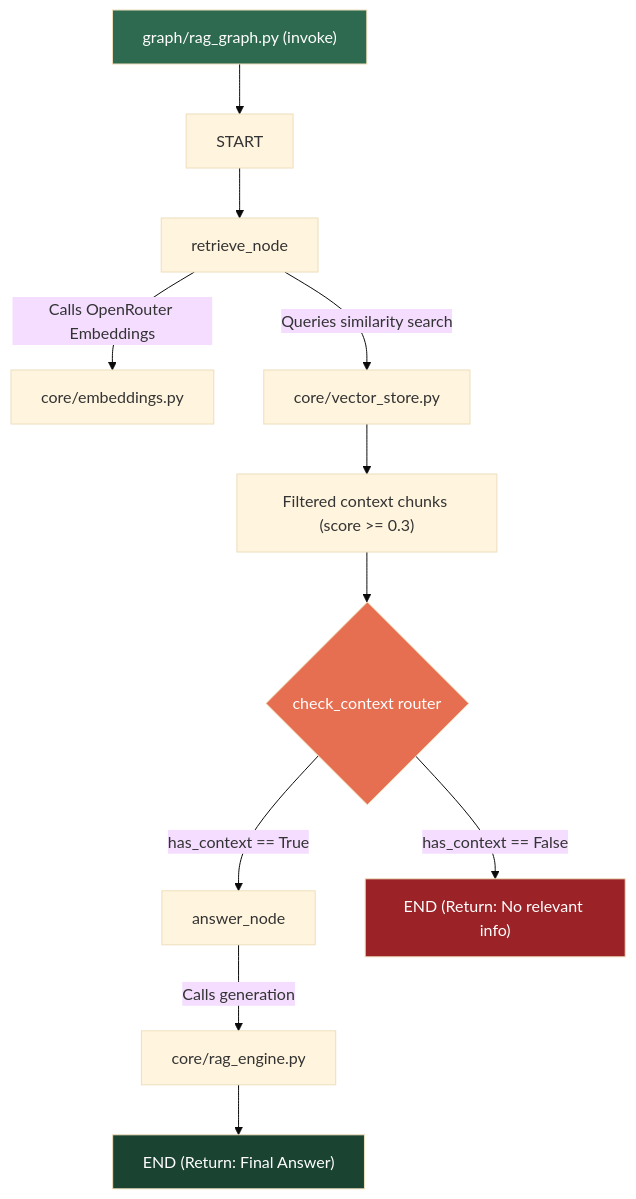
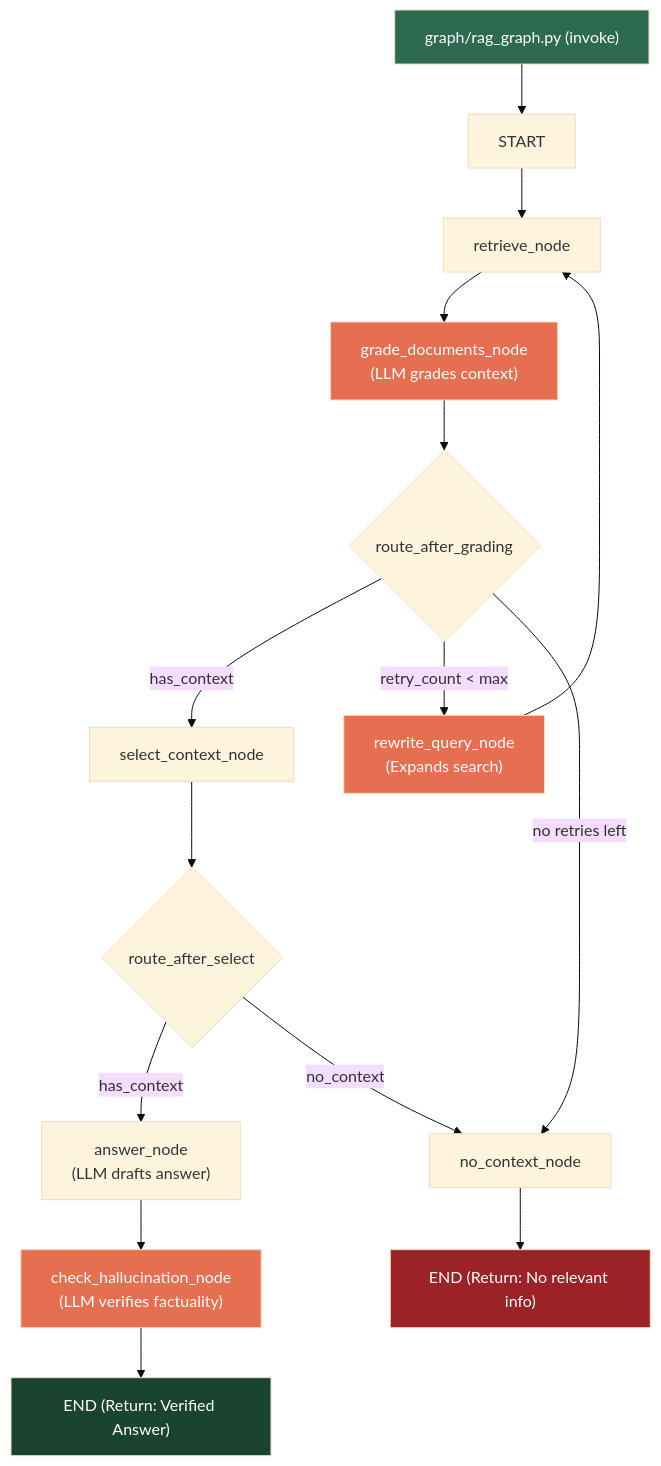
The fifth of 5 diagrams in README.md (hasnatsakil/agentic-rag-service), drawn with Mermaid (base theme) before and after one commit. The commit also changed other lines of this file and 18 other files, not shown here.

````diff
--- a/README.md
+++ b/README.md
@@ -242,24 +242,31 @@
 ```mermaid
 flowchart TD
     A["graph/rag_graph.py (invoke)"] --> START["START"]
     
     START --> RET["retrieve_node"]
     
-    RET -->|Calls OpenRouter Embeddings| EM["core/embeddings.py"]
-    RET -->|Queries similarity search| VS["core/vector_store.py"]
+    RET --> GRADE["grade_documents_node\n(LLM grades context)"]
+    GRADE --> COND1{"route_after_grading"}
     
-    VS --> RET_OUT["Filtered context chunks (score >= 0.3)"]
+    COND1 -->|has_context| SEL["select_context_node"]
+    COND1 -->|retry_count < max| REW["rewrite_query_node\n(Expands search)"]
+    COND1 -->|no retries left| NO_CTX["no_context_node"]
     
-    RET_OUT --> COND{"check_context router"}
+    REW --> RET
     
-    COND -->|has_context == True| ANS["answer_node"]
-    COND -->|has_context == False| END1["END (Return: No relevant info)"]
+    SEL --> COND2{"route_after_select"}
+    COND2 -->|has_context| ANS["answer_node\n(LLM drafts answer)"]
+    COND2 -->|no_context| NO_CTX
     
-    ANS -->|Calls generation| RE["core/rag_engine.py"]
-    RE --> END2["END (Return: Final Answer)"]
+    ANS --> HALLUC["check_hallucination_node\n(LLM verifies factuality)"]
+    
+    HALLUC --> END1["END (Return: Verified Answer)"]
+    NO_CTX --> END2["END (Return: No relevant info)"]
 
     style A fill:#2d6a4f,color:#fff
-    style COND fill:#e76f51,color:#fff
-    style END1 fill:#9b2226,color:#fff
-    style END2 fill:#1b4332,color:#fff
+    style GRADE fill:#e76f51,color:#fff
+    style REW fill:#e76f51,color:#fff
+    style HALLUC fill:#e76f51,color:#fff
+    style END1 fill:#1b4332,color:#fff
+    style END2 fill:#9b2226,color:#fff
 ```
````
